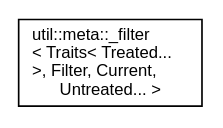
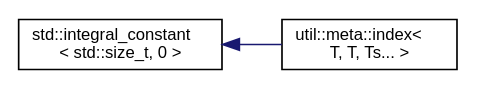
One commit to AndreasLrx/ecstasy changed the diagram in inherit_graph_74.dot. Above: the diagram before and after it, drawn with Graphviz. The commit also changed 445 other files, not shown here.

```diff
--- a/inherit_graph_74.dot
+++ b/inherit_graph_74.dot
@@ -1,8 +1,10 @@
 digraph "Graphical Class Hierarchy"
 {
  // LATEX_PDF_SIZE
   edge [fontname="Helvetica",fontsize="10",labelfontname="Helvetica",labelfontsize="10"];
   node [fontname="Helvetica",fontsize="10",shape=record];
   rankdir="LR";
-  Node0 [label="util::meta::_filter\l\< Traits\< Treated...\l \>, Filter, Current,\l Untreated... \>",height=0.2,width=0.4,color="black", fillcolor="white", style="filled",URL="$structutil_1_1meta_1_1__filter_3_01_traits_3_01_treated_8_8_8_01_4_00_01_filter_00_01_current_00_01_untreated_8_8_8_01_4.html",tooltip=" "];
+  Node0 [label="std::integral_constant\l\< std::size_t, 0 \>",height=0.2,width=0.4,color="black", fillcolor="white", style="filled",URL="/home/runner/work/ecstasy/ecstasy/doc/external/cppreference-doxygen-web.tag.xml$cpp/types/integral_constant.html",tooltip=" "];
+  Node0 -> Node1 [dir="back",color="midnightblue",fontsize="10",style="solid",fontname="Helvetica"];
+  Node1 [label="util::meta::index\<\l T, T, Ts... \>",height=0.2,width=0.4,color="black", fillcolor="white", style="filled",URL="$structutil_1_1meta_1_1index_3_01_t_00_01_t_00_01_ts_8_8_8_01_4.html",tooltip="Get the index of the first occurence of type T in the types Ts."];
 }
```
